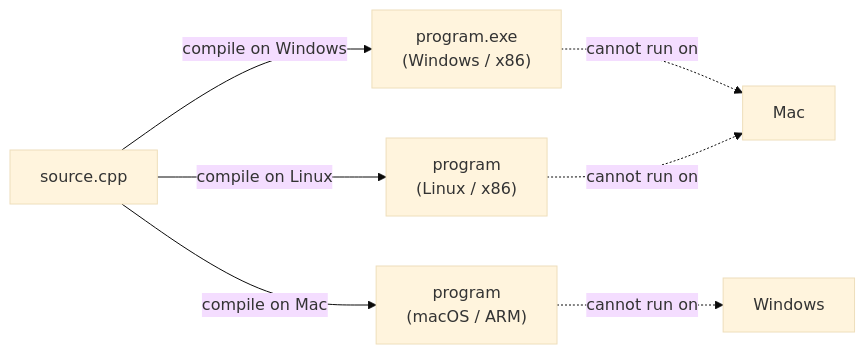
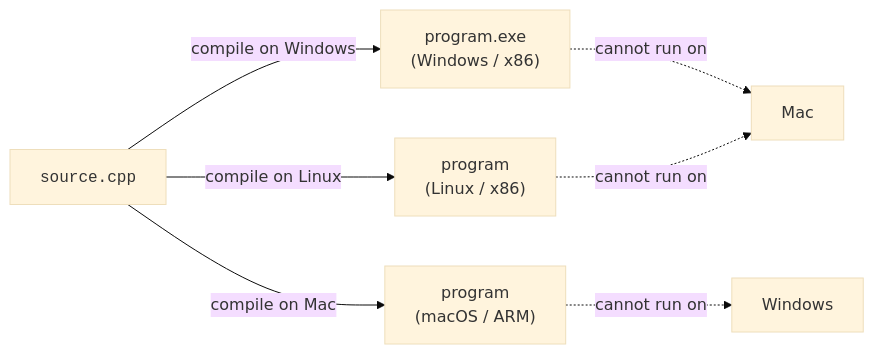
The first of 3 diagrams in content/learn/java-programming-for-beginners/write-once-run-anywhere.mdx (dataslope/dataslope), drawn with Mermaid (base theme) before and after one commit. The commit also changed other lines of this file and 153 other files, not shown here.

First line of the commit message:
Render code-only mermaid shapes in monospace; convert step sequences to Steps

````diff
--- a/content/learn/java-programming-for-beginners/write-once-run-anywhere.mdx
+++ b/content/learn/java-programming-for-beginners/write-once-run-anywhere.mdx
@@ -25,10 +25,10 @@
 ```mermaid
 flowchart LR
-    Src["source.cpp"]
+    Src["<code>source.cpp</code>"]
     Src -->|compile on Windows| ExeW["program.exe<br/>(Windows / x86)"]
     Src -->|compile on Mac| BinM["program<br/>(macOS / ARM)"]
     Src -->|compile on Linux| BinL["program<br/>(Linux / x86)"]
     ExeW -. cannot run on .-> Mac[Mac]
     BinM -. cannot run on .-> Win[Windows]
     BinL -. cannot run on .-> Mac
 ```
````
